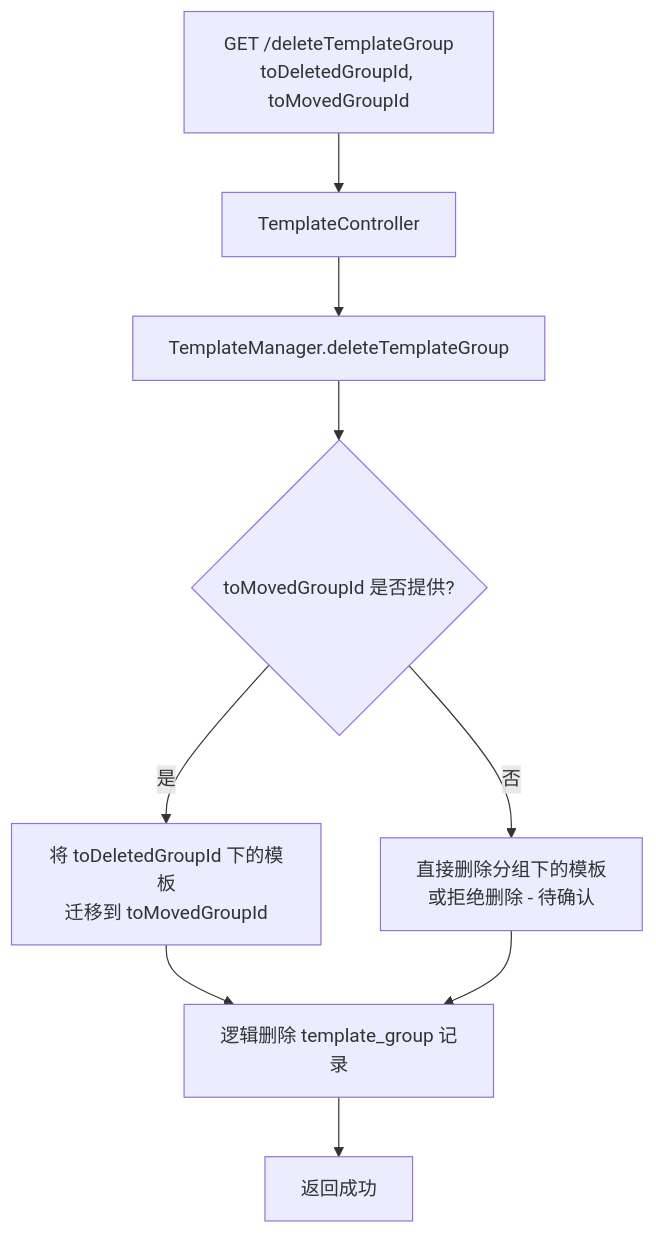
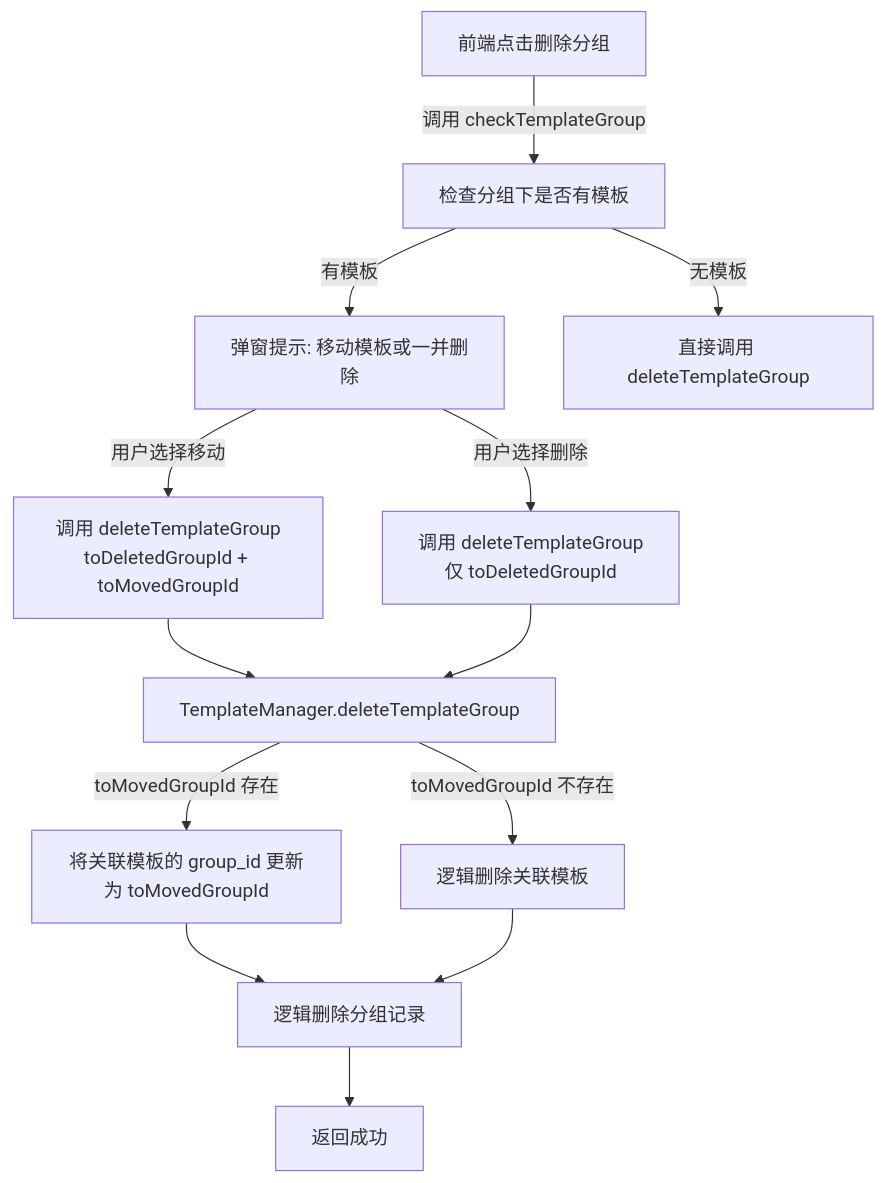
One commit to suoweiwei-pacvue/document-automation changed the third of 6 diagrams in output/02-template.md. Above: the diagram before and after it, drawn with Mermaid. The commit also changed other lines of this file and 55 other files, not shown here.

````diff
--- a/output/02-template.md
+++ b/output/02-template.md
@@ -429,11 +582,15 @@
 ```mermaid
 flowchart TD
-    A[GET /deleteTemplateGroup<br/>toDeletedGroupId, toMovedGroupId] --> B[TemplateController]
-    B --> C[TemplateManager.deleteTemplateGroup]
-    C --> D{toMovedGroupId 是否提供?}
-    D -->|是| E[将 toDeletedGroupId 下的模板<br/>迁移到 toMovedGroupId]
-    D -->|否| F[直接删除分组下的模板<br/>或拒绝删除 - 待确认]
-    E --> G[逻辑删除 template_group 记录]
+    A[前端点击删除分组] -->|调用 checkTemplateGroup| B[检查分组下是否有模板]
+    B -->|有模板| C[弹窗提示: 移动模板或一并删除]
+    B -->|无模板| D[直接调用 deleteTemplateGroup]
+    C -->|用户选择移动| E[调用 deleteTemplateGroup<br/>toDeletedGroupId + toMovedGroupId]
+    C -->|用户选择删除| F[调用 deleteTemplateGroup<br/>仅 toDeletedGroupId]
+    E --> G[TemplateManager.deleteTemplateGroup]
     F --> G
-    G --> H[返回成功]
+    G -->|toMovedGroupId 存在| H[将关联模板的 group_id 更新为 toMovedGroupId]
+    G -->|toMovedGroupId 不存在| I[逻辑删除关联模板]
+    H --> J[逻辑删除分组记录]
+    I --> J
+    J --> K[返回成功]
 ```
````
